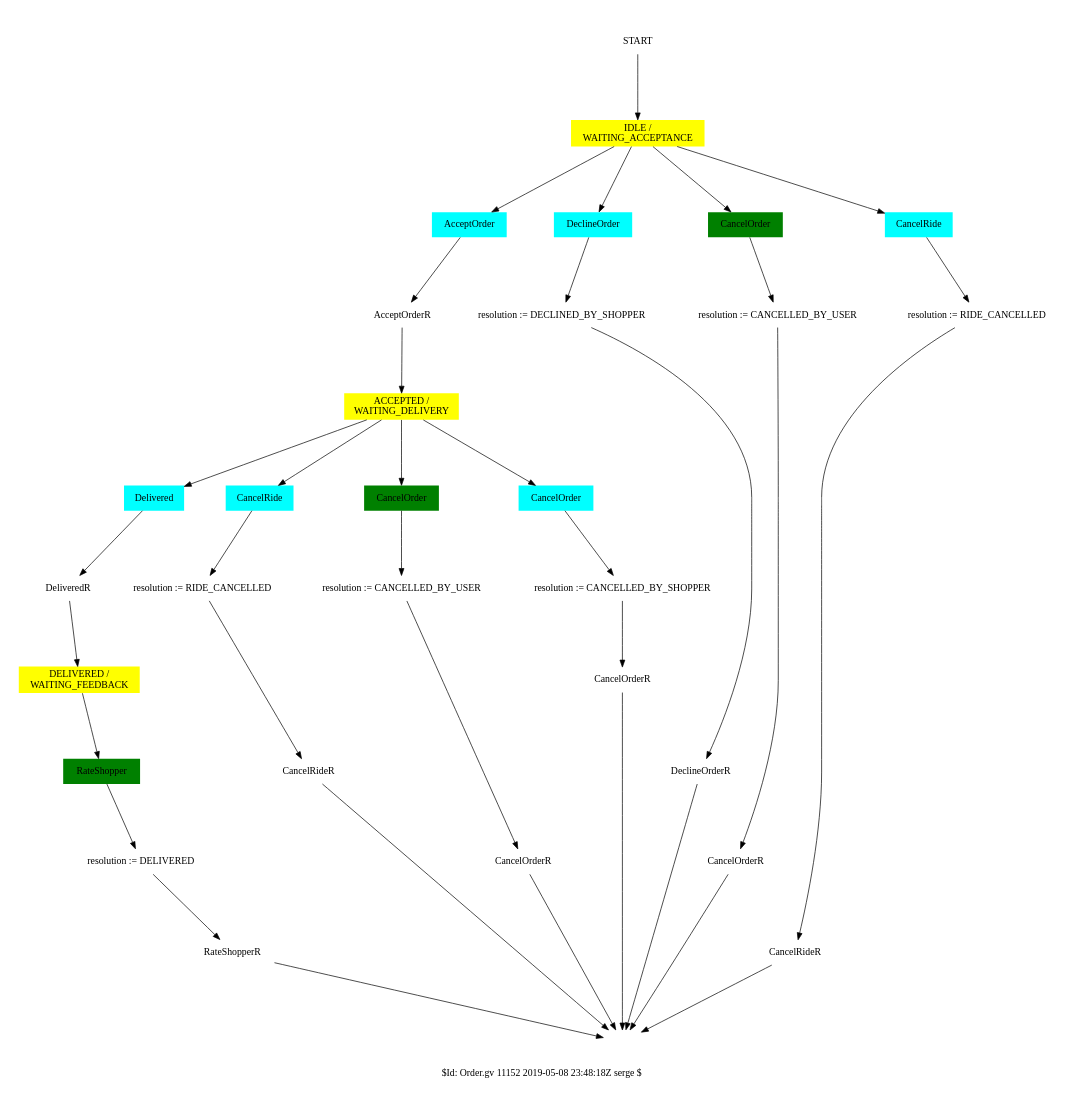
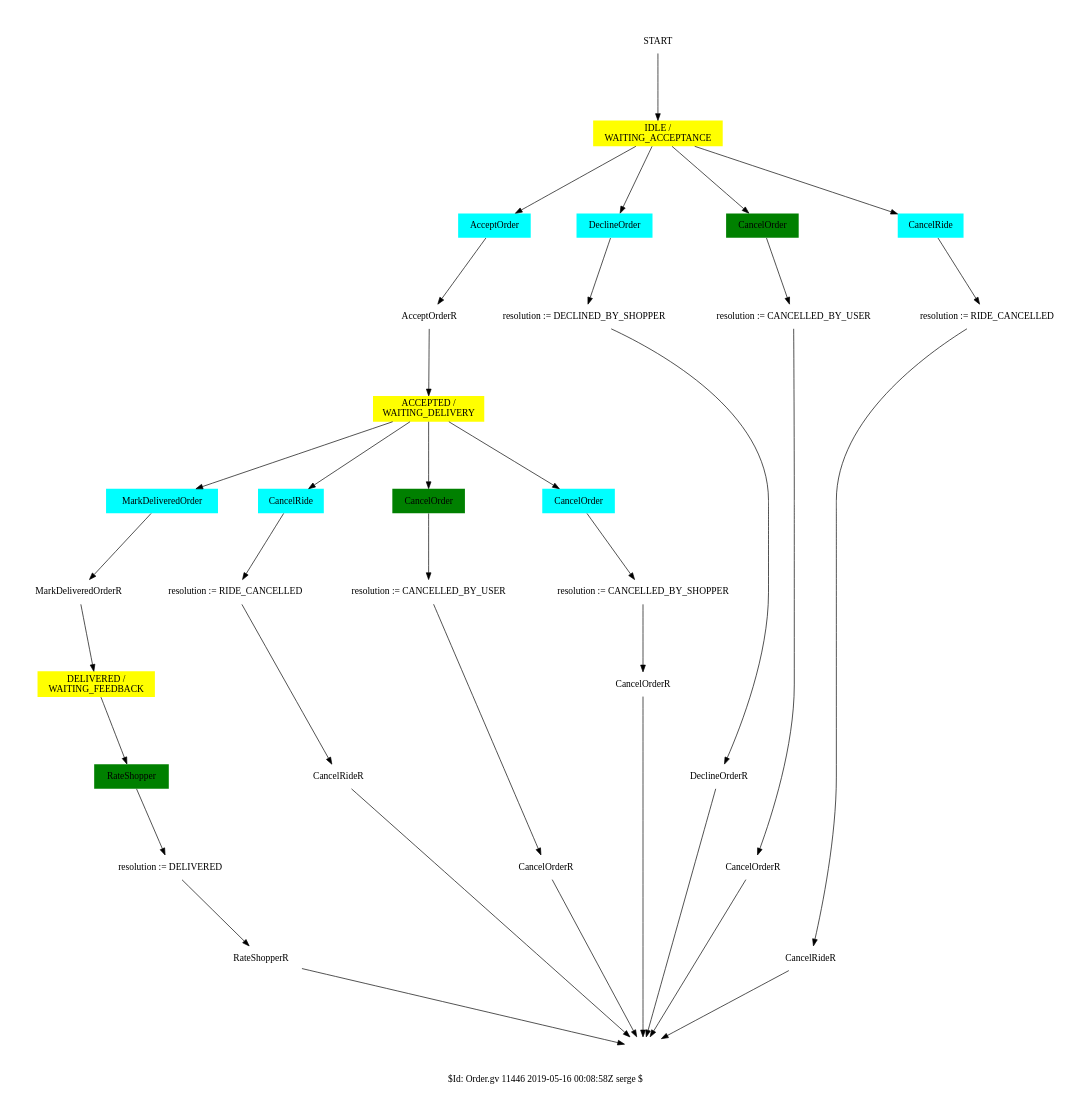
One commit to trodevel/shopndrop_protocol changed the diagram in docs/Order.gv. Above: the diagram before and after it, drawn with Graphviz. The commit also changed 1 other file, not shown here.

```diff
--- a/docs/Order.gv
+++ b/docs/Order.gv
@@ -1,91 +1,91 @@
 # Order FSM.
 #
 # Copyright (C) 2019 Sergey Kolevatov
 #
 # This program is free software: you can redistribute it and/or modify
 # it under the terms of the GNU General Public License as published by
 # the Free Software Foundation, either version 3 of the License, or
 # (at your option) any later version.
 #
 # This program is distributed in the hope that it will be useful,
 # but WITHOUT ANY WARRANTY; without even the implied warranty of
 # MERCHANTABILITY or FITNESS FOR A PARTICULAR PURPOSE. See the
 # GNU General Public License for more details.
 #
 # You should have received a copy of the GNU General Public License
 # along with this program. If not, see <http://www.gnu.org/licenses/>.
 #
 # SKV 19508
 #
-# $Id: Order.gv 11152 2019-05-08 23:48:18Z serge $
+# $Id: Order.gv 11446 2019-05-16 00:08:58Z serge $
 #
 # execute: FL=Order; dot -l sdl.ps -Tps $FL.gv -o $FL.ps; ps2pdf $FL.ps $FL.pdf
 
 digraph Order
 {
 
-label="$Id: Order.gv 11152 2019-05-08 23:48:18Z serge $";
+label="$Id: Order.gv 11446 2019-05-16 00:08:58Z serge $";
 
 size="7,7";
 ratio=fill;
 splines=true;
 node [peripheries=0 style=filled fillcolor=white]
 
 ######################################################
 # states
 
 START                           [ shape = sdl_start ]
 WAITING_ACCEPTANCE              [ label = "IDLE /\nWAITING_ACCEPTANCE"    shape = sdl_state fillcolor=yellow ]
 ACCEPTED_WAITING_DELIVERY       [ label = "ACCEPTED /\nWAITING_DELIVERY"  shape = sdl_state fillcolor=yellow ]
 DELIVERED_WAITING_FEEDBACK      [ label = "DELIVERED /\nWAITING_FEEDBACK" shape = sdl_state fillcolor=yellow ]
 END                             [ label = ""                              shape = sdl_stop  style=solid ]
 
 ######################################################
 # actions
 
 WAITING_ACCEPTANCE__ACCEPT_ORDER            [ label="AcceptOrder"                       shape = sdl_input_from_right fillcolor=cyan ]
 WAITING_ACCEPTANCE__SEND_ACCEPT_ORDER       [ label="AcceptOrderR"                      shape = sdl_output_to_right ]
 WAITING_ACCEPTANCE__DECLINE_ORDER           [ label="DeclineOrder"                      shape = sdl_input_from_right fillcolor=cyan ]
 WAITING_ACCEPTANCE__SEND_DECLINE_ORDER      [ label="DeclineOrderR"                     shape = sdl_output_to_right ]
 WAITING_ACCEPTANCE__CANCEL_ORDER            [ label="CancelOrder"                       shape = sdl_input_from_left  fillcolor=green ]
 WAITING_ACCEPTANCE__SEND_CANCEL_ORDER       [ label="CancelOrderR"                      shape = sdl_output_to_left ]
 WAITING_ACCEPTANCE__CANCEL_RIDE             [ label="CancelRide"                        shape = sdl_input_from_right fillcolor=cyan ]
 WAITING_ACCEPTANCE__SEND_CANCEL_RIDE        [ label="CancelRideR"                       shape = sdl_output_to_right ]
 WAITING_ACCEPTANCE__RESOL_1                 [ label="resolution := CANCELLED_BY_USER"   shape = sdl_task ]
 WAITING_ACCEPTANCE__RESOL_2                 [ label="resolution := DECLINED_BY_SHOPPER" shape = sdl_task ]
 WAITING_ACCEPTANCE__RESOL_3                 [ label="resolution := RIDE_CANCELLED"      shape = sdl_task ]
 
-ACCEPTED_WAITING_DELIVERY__DELIVERED        [ label="Delivered"                         shape = sdl_input_from_right fillcolor=cyan ]
-ACCEPTED_WAITING_DELIVERY__SEND_DELIVERED   [ label="DeliveredR"                        shape = sdl_output_to_right ]
+ACCEPTED_WAITING_DELIVERY__DELIVERED        [ label="MarkDeliveredOrder"                shape = sdl_input_from_right fillcolor=cyan ]
+ACCEPTED_WAITING_DELIVERY__SEND_DELIVERED   [ label="MarkDeliveredOrderR"               shape = sdl_output_to_right ]
 ACCEPTED_WAITING_DELIVERY__CANCEL_RIDE      [ label="CancelRide"                        shape = sdl_input_from_right fillcolor=cyan ]
 ACCEPTED_WAITING_DELIVERY__SEND_CANCEL_RIDE [ label="CancelRideR"                       shape = sdl_output_to_right ]
 ACCEPTED_WAITING_DELIVERY__CANCEL_ORDER     [ label="CancelOrder"                       shape = sdl_input_from_left  fillcolor=green ]
 ACCEPTED_WAITING_DELIVERY__SEND_CANCEL_ORDER    [ label="CancelOrderR"                  shape = sdl_output_to_left ]
 ACCEPTED_WAITING_DELIVERY__CANCEL_ORDER_2   [ label="CancelOrder"                       shape = sdl_input_from_right fillcolor=cyan ]
 ACCEPTED_WAITING_DELIVERY__SEND_CANCEL_ORDER_2  [ label="CancelOrderR"                  shape = sdl_output_to_right ]
 ACCEPTED_WAITING_DELIVERY__RESOL_1          [ label="resolution := RIDE_CANCELLED"      shape = sdl_task ]
 ACCEPTED_WAITING_DELIVERY__RESOL_2          [ label="resolution := CANCELLED_BY_USER"   shape = sdl_task ]
 ACCEPTED_WAITING_DELIVERY__RESOL_3          [ label="resolution := CANCELLED_BY_SHOPPER" shape = sdl_task ]
 
 DELIVERED_WAITING_FEEDBACK__RATE_SHOPPER    [ label="RateShopper"                       shape = sdl_input_from_left  fillcolor=green ]
 DELIVERED_WAITING_FEEDBACK__SEND_RATE_SHOPPER    [ label="RateShopperR"                 shape = sdl_output_to_left ]
 DELIVERED_WAITING_FEEDBACK__RESOL_1         [ label="resolution := DELIVERED"           shape = sdl_task ]
 
 ######################################################
 # transitions
 
 START -> WAITING_ACCEPTANCE
 
 WAITING_ACCEPTANCE -> WAITING_ACCEPTANCE__ACCEPT_ORDER   -> WAITING_ACCEPTANCE__SEND_ACCEPT_ORDER -> ACCEPTED_WAITING_DELIVERY
 WAITING_ACCEPTANCE -> WAITING_ACCEPTANCE__CANCEL_ORDER   -> WAITING_ACCEPTANCE__RESOL_1 -> WAITING_ACCEPTANCE__SEND_CANCEL_ORDER  -> END
 WAITING_ACCEPTANCE -> WAITING_ACCEPTANCE__DECLINE_ORDER  -> WAITING_ACCEPTANCE__RESOL_2 -> WAITING_ACCEPTANCE__SEND_DECLINE_ORDER -> END
 WAITING_ACCEPTANCE -> WAITING_ACCEPTANCE__CANCEL_RIDE    -> WAITING_ACCEPTANCE__RESOL_3 -> WAITING_ACCEPTANCE__SEND_CANCEL_RIDE   -> END
 
 ACCEPTED_WAITING_DELIVERY -> ACCEPTED_WAITING_DELIVERY__DELIVERED      -> ACCEPTED_WAITING_DELIVERY__SEND_DELIVERED -> DELIVERED_WAITING_FEEDBACK
 ACCEPTED_WAITING_DELIVERY -> ACCEPTED_WAITING_DELIVERY__CANCEL_RIDE    -> ACCEPTED_WAITING_DELIVERY__RESOL_1 -> ACCEPTED_WAITING_DELIVERY__SEND_CANCEL_RIDE    -> END
 ACCEPTED_WAITING_DELIVERY -> ACCEPTED_WAITING_DELIVERY__CANCEL_ORDER   -> ACCEPTED_WAITING_DELIVERY__RESOL_2 -> ACCEPTED_WAITING_DELIVERY__SEND_CANCEL_ORDER   -> END
 ACCEPTED_WAITING_DELIVERY -> ACCEPTED_WAITING_DELIVERY__CANCEL_ORDER_2 -> ACCEPTED_WAITING_DELIVERY__RESOL_3 -> ACCEPTED_WAITING_DELIVERY__SEND_CANCEL_ORDER_2 -> END
 
 DELIVERED_WAITING_FEEDBACK -> DELIVERED_WAITING_FEEDBACK__RATE_SHOPPER -> DELIVERED_WAITING_FEEDBACK__RESOL_1 -> DELIVERED_WAITING_FEEDBACK__SEND_RATE_SHOPPER -> END
 
 }
```
